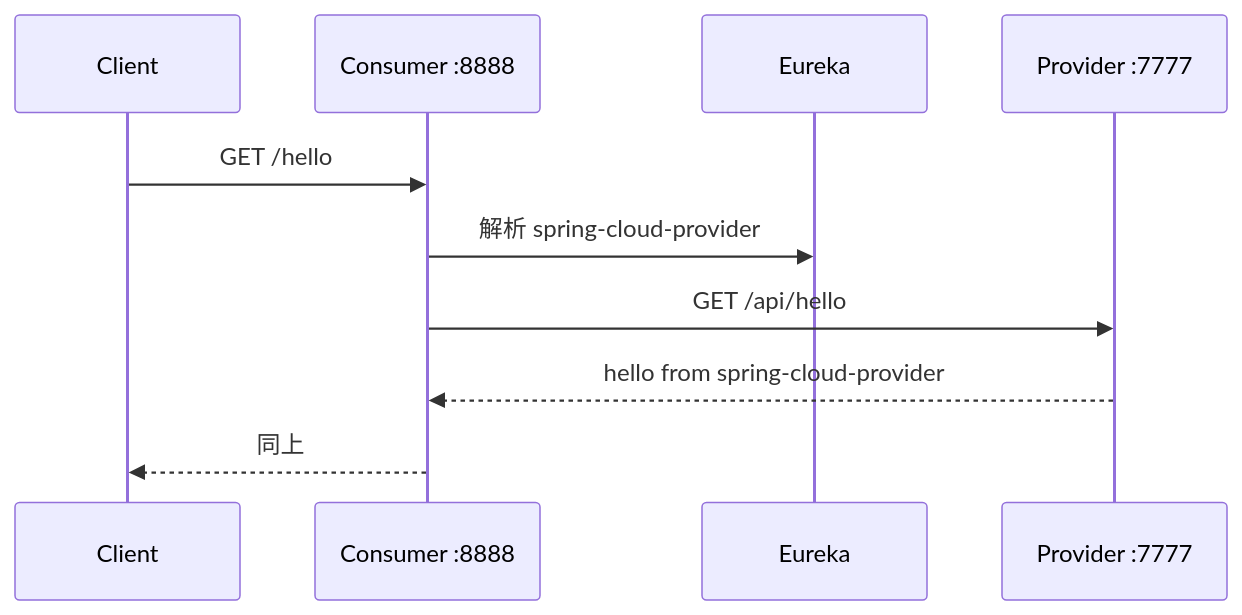
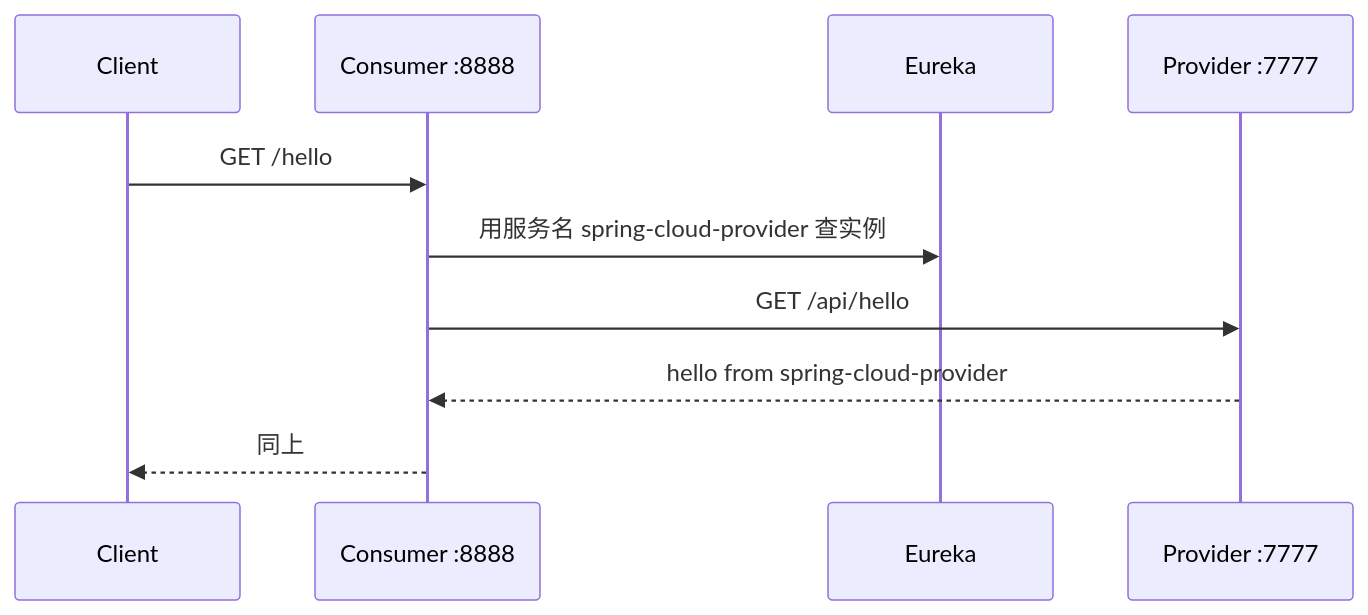
The diagram in spring-cloud-02/README.md (fanqingsong/spring-cloud-demo), drawn with Mermaid before and after one commit. The commit also changed other lines of this file and 26 other files, not shown here.

````diff
--- a/spring-cloud-02/README.md
+++ b/spring-cloud-02/README.md
@@ -42,12 +129,12 @@
 ```mermaid
 sequenceDiagram
   participant Client
   participant Consumer as Consumer :8888
   participant Eureka
   participant Provider as Provider :7777
   Client->>Consumer: GET /hello
-  Consumer->>Eureka: 解析 spring-cloud-provider
+  Consumer->>Eureka: 用服务名 spring-cloud-provider 查实例
   Consumer->>Provider: GET /api/hello
   Provider-->>Consumer: hello from spring-cloud-provider
   Consumer-->>Client: 同上
 ```
````
